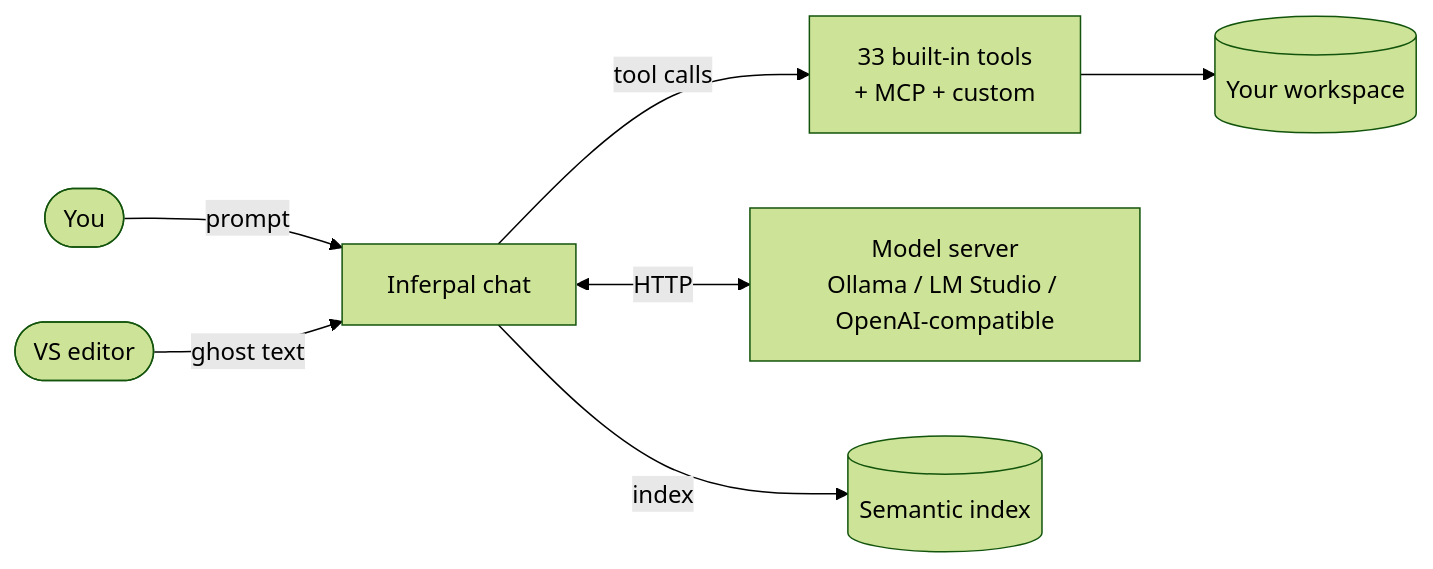
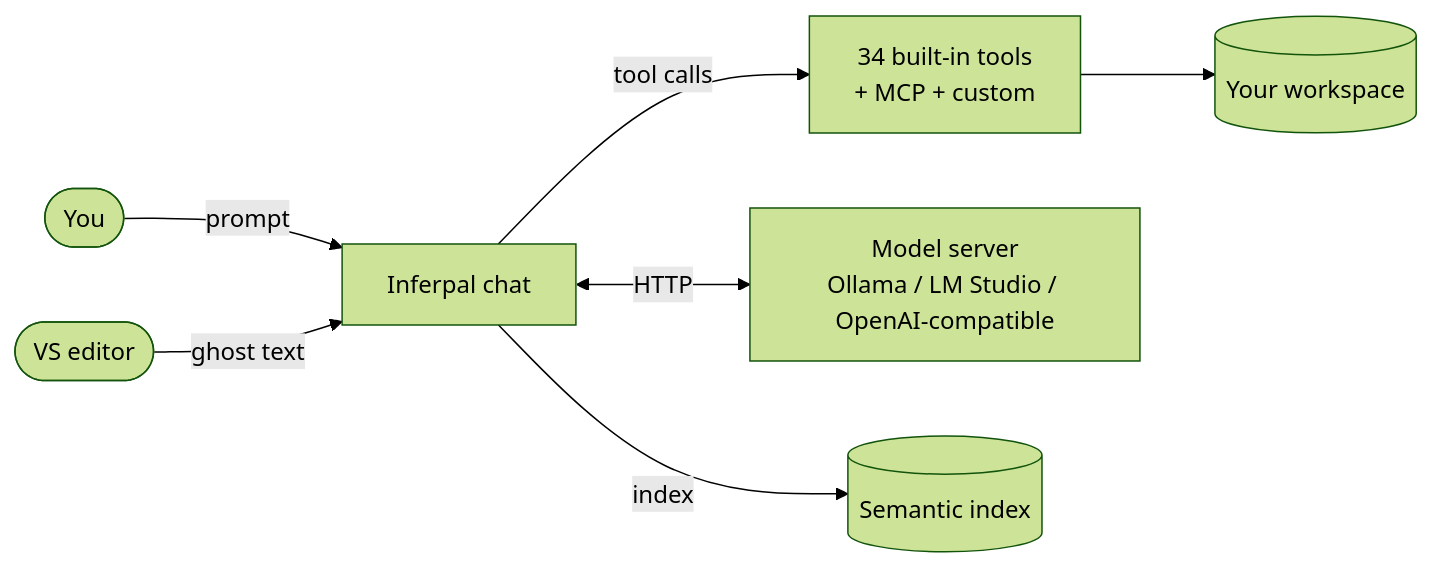
The diagram in docs/README.md (EstaxNet/Inferpal), drawn with Mermaid (forest theme) before and after one commit. The commit also changed other lines of this file and 47 other files, not shown here.

````diff
--- a/docs/README.md
+++ b/docs/README.md
@@ -39,9 +39,9 @@
 ```mermaid
 flowchart LR
     user([You]) -->|prompt| chat[Inferpal chat]
-    chat -->|tool calls| tools[33 built-in tools<br/>+ MCP + custom]
+    chat -->|tool calls| tools[34 built-in tools<br/>+ MCP + custom]
     chat <-->|HTTP| provider[Model server<br/>Ollama / LM Studio / OpenAI-compatible]
     tools --> ws[(Your workspace)]
     editor([VS editor]) -->|ghost text| chat
     chat -->|index| rag[(Semantic index)]
 ```
````
